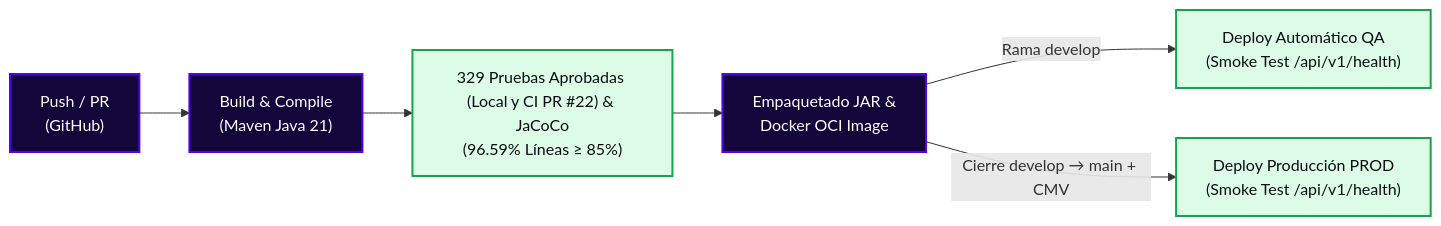
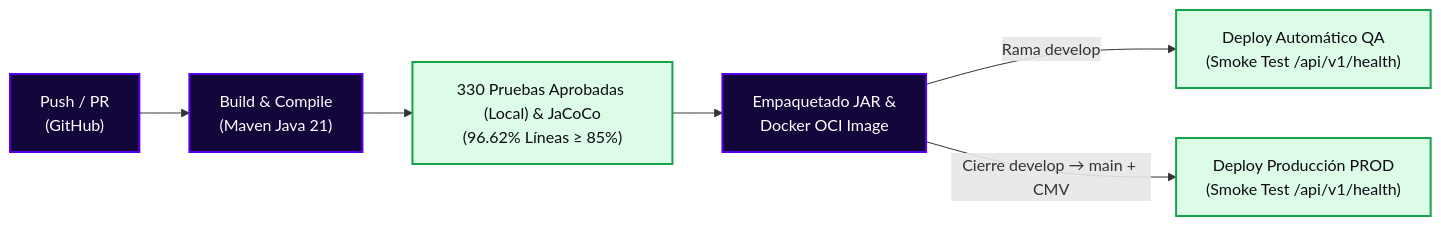
The diagram in docs/readmes/10-cicd-pipeline.md (StyleRadar1/PT8080-Donations-Service), drawn with Mermaid before and after one commit. The commit also changed other lines of this file and 5 other files, not shown here.

````diff
--- a/docs/readmes/10-cicd-pipeline.md
+++ b/docs/readmes/10-cicd-pipeline.md
@@ -19,14 +19,14 @@
 ```mermaid
 flowchart LR
     A["Push / PR<br>(GitHub)"] --> B["Build & Compile<br>(Maven Java 21)"]
-    B --> C["329 Pruebas Aprobadas (Local y CI PR #22) & JaCoCo<br>(96.59% Líneas ≥ 85%)"]
+    B --> C["330 Pruebas Aprobadas (Local) & JaCoCo<br>(96.62% Líneas ≥ 85%)"]
     C --> D["Empaquetado JAR &<br>Docker OCI Image"]
     D -->|Rama develop| E["Deploy Automático QA<br>(Smoke Test /api/v1/health)"]
     D -->|Cierre develop → main + CMV| F["Deploy Producción PROD<br>(Smoke Test /api/v1/health)"]
 
     classDef step fill:#12063A,stroke:#5600EF,stroke-width:2px,color:#FFFFFF;
     classDef pass fill:#DCFCE7,stroke:#16A34A,stroke-width:2px,color:#0C0C12;
 
     class A,B,D step;
     class C,E,F pass;
 ```
````
